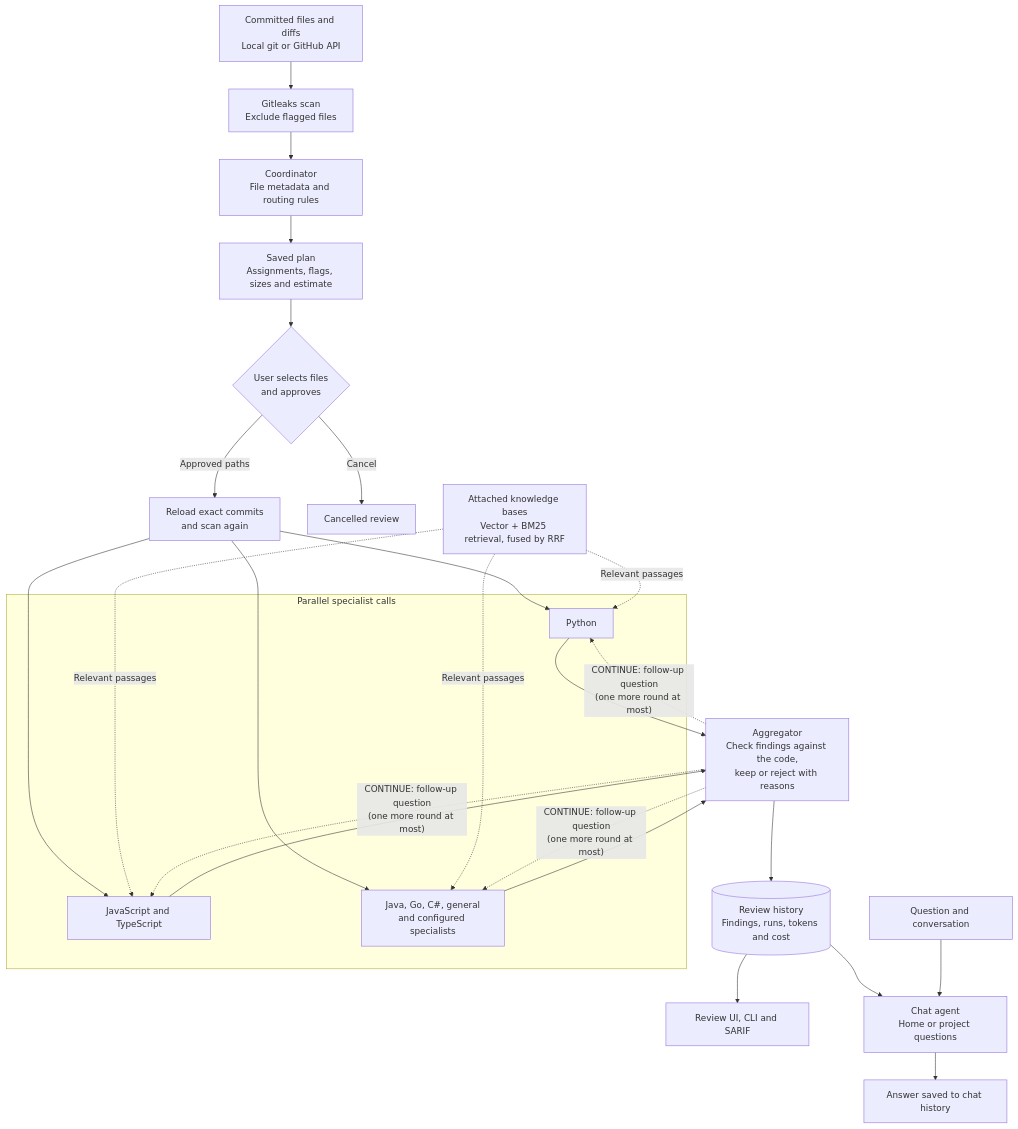
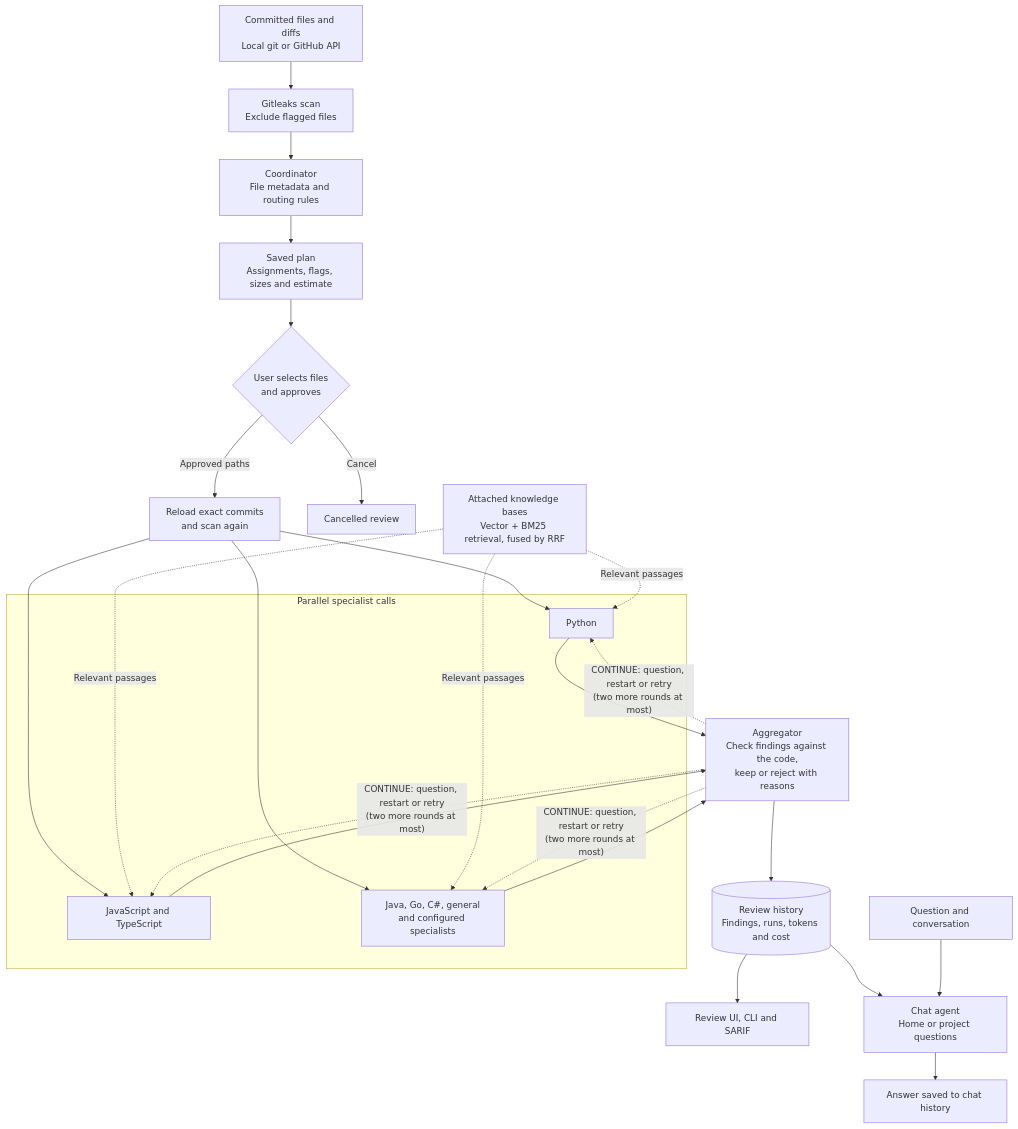
The first of 4 diagrams in README.md (gcward18/code-review-tool), drawn with Mermaid before and after one commit. The commit also changed other lines of this file and 17 other files, not shown here.

Commit message:
Retry failed specialist calls up to a per-specialist limit and let the aggregator restart, retry or refuse a specialist's edits

````diff
--- a/README.md
+++ b/README.md
@@ -16,24 +16,24 @@
 ```mermaid
 flowchart TD
     Source["Committed files and diffs<br/>Local git or GitHub API"] --> Scan["Gitleaks scan<br/>Exclude flagged files"]
     Scan --> Coordinator["Coordinator<br/>File metadata and routing rules"]
     Coordinator --> Plan["Saved plan<br/>Assignments, flags, sizes and estimate"]
     Plan --> Approval{"User selects files<br/>and approves"}
     Approval -->|Approved paths| Reload["Reload exact commits<br/>and scan again"]
     Approval -->|Cancel| Cancelled["Cancelled review"]
 
     subgraph Specialists["Parallel specialist calls"]
         Python["Python"]
         Web["JavaScript and TypeScript"]
         Other["Java, Go, C#, general<br/>and configured specialists"]
     end
     Reload --> Python & Web & Other
     Knowledge["Attached knowledge bases<br/>Vector + BM25 retrieval, fused by RRF"] -. Relevant passages .-> Python & Web & Other
     Python & Web & Other --> Aggregator["Aggregator<br/>Check findings against the code,<br/>keep or reject with reasons"]
-    Aggregator -. "CONTINUE: follow-up question<br/>(one more round at most)" .-> Python & Web & Other
+    Aggregator -. "CONTINUE: question, restart or retry<br/>(two more rounds at most)" .-> Python & Web & Other
     Aggregator --> History[("Review history<br/>Findings, runs, tokens and cost")]
     History --> Results["Review UI, CLI and SARIF"]
     History --> Chat["Chat agent<br/>Home or project questions"]
     Question["Question and conversation"] --> Chat
     Chat --> Answer["Answer saved to chat history"]
 ```
````
